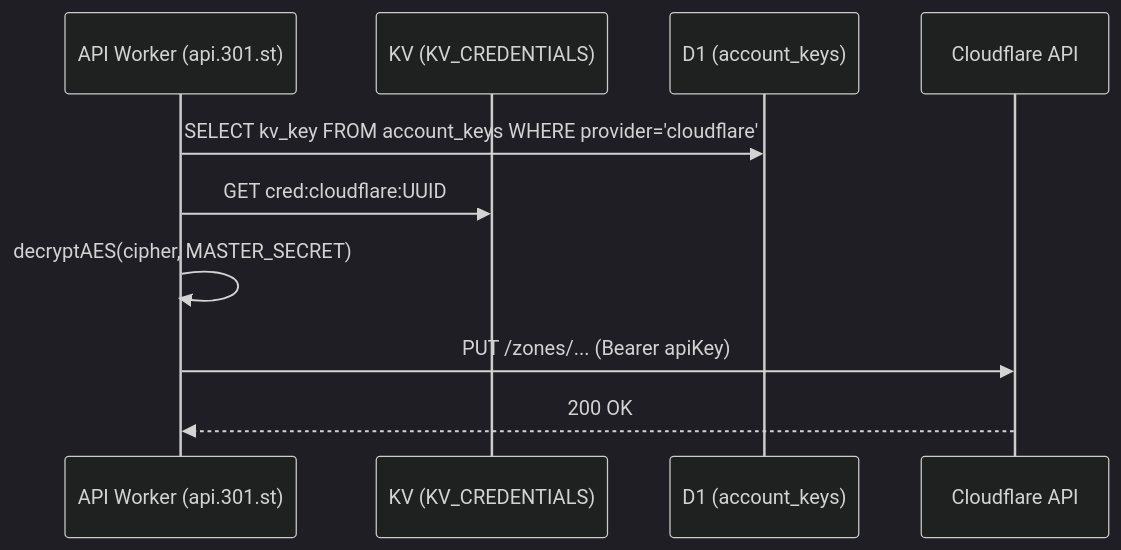
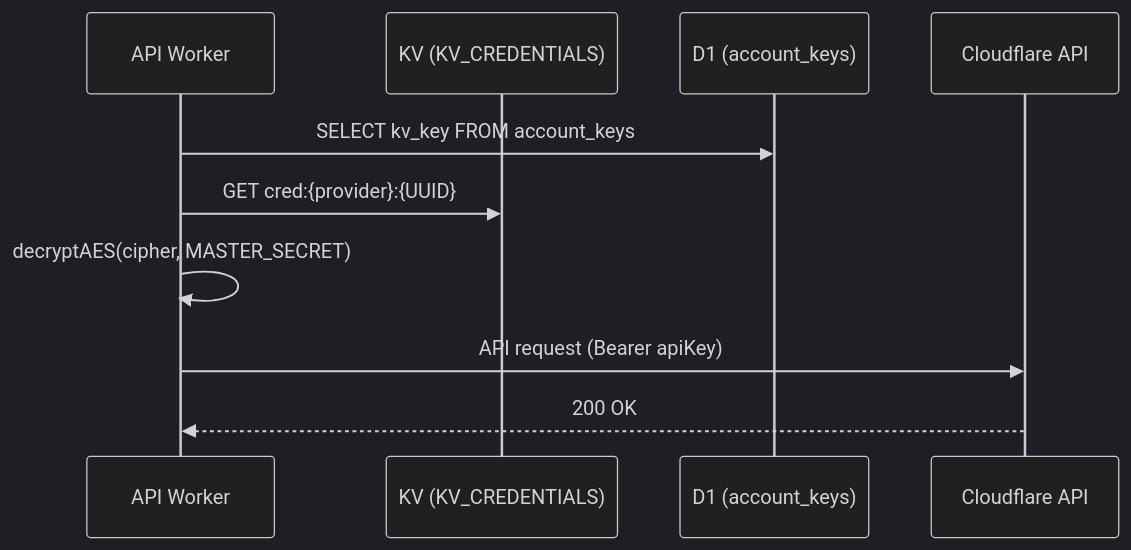
Before and after one commit to admin310st/301: the third of 3 diagrams in wiki/Security.md, drawn with Mermaid (dark theme). The commit also changed other lines of this file and 6 other files, not shown here.

````diff
--- a/wiki/Security.md
+++ b/wiki/Security.md
@@ -454,13 +287,13 @@
 ```mermaid
 sequenceDiagram
-    participant A as API Worker (api.301.st)
+    participant A as API Worker
     participant K as KV (KV_CREDENTIALS)
     participant D as D1 (account_keys)
     participant CF as Cloudflare API
 
-    A->>D: SELECT kv_key FROM account_keys WHERE provider='cloudflare'
-    A->>K: GET cred:cloudflare:UUID
+    A->>D: SELECT kv_key FROM account_keys
+    A->>K: GET cred:{provider}:{UUID}
     A->>A: decryptAES(cipher, MASTER_SECRET)
-    A->>CF: PUT /zones/... (Bearer apiKey)
+    A->>CF: API request (Bearer apiKey)
     CF-->>A: 200 OK
 ```
````
